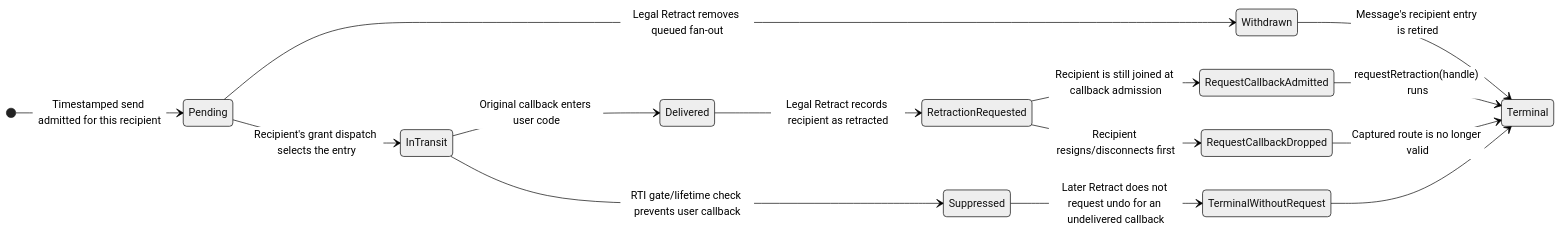
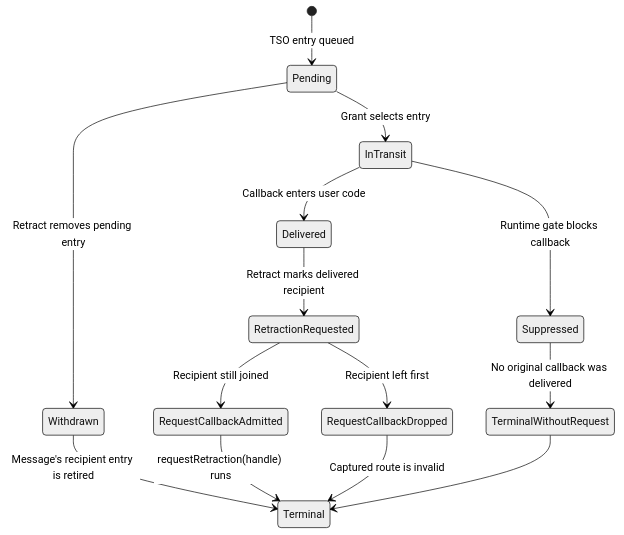
Before and after one commit to sheepfling/umbra: the first of 4 diagrams in docs/design/HLA-2025-TSO-RETRACTION-FLOW-GUIDE.md, drawn with Mermaid (neutral theme). The commit also changed other lines of this file and 72 other files, not shown here.

````diff
--- a/docs/design/HLA-2025-TSO-RETRACTION-FLOW-GUIDE.md
+++ b/docs/design/HLA-2025-TSO-RETRACTION-FLOW-GUIDE.md
@@ -32,17 +32,17 @@
 ```mermaid
 stateDiagram-v2
-  direction LR
-  [*] --> Pending: Timestamped send admitted for this recipient
-  Pending --> InTransit: Recipient's grant dispatch selects the entry
-  InTransit --> Delivered: Original callback enters user code
-  InTransit --> Suppressed: RTI gate/lifetime check prevents user callback
-  Pending --> Withdrawn: Legal Retract removes queued fan-out
-  Delivered --> RetractionRequested: Legal Retract records recipient as retracted
-  RetractionRequested --> RequestCallbackAdmitted: Recipient is still joined at callback admission
-  RetractionRequested --> RequestCallbackDropped: Recipient resigns/disconnects first
-  Suppressed --> TerminalWithoutRequest: Later Retract does not request undo for an undelivered callback
+  direction TB
+  [*] --> Pending: TSO entry queued
+  Pending --> InTransit: Grant selects entry
+  InTransit --> Delivered: Callback enters user code
+  InTransit --> Suppressed: Runtime gate blocks callback
+  Pending --> Withdrawn: Retract removes pending entry
+  Delivered --> RetractionRequested: Retract marks delivered recipient
+  RetractionRequested --> RequestCallbackAdmitted: Recipient still joined
+  RetractionRequested --> RequestCallbackDropped: Recipient left first
+  Suppressed --> TerminalWithoutRequest: No original callback was delivered
   Withdrawn --> Terminal: Message's recipient entry is retired
   RequestCallbackAdmitted --> Terminal: requestRetraction(handle) runs
-  RequestCallbackDropped --> Terminal: Captured route is no longer valid
+  RequestCallbackDropped --> Terminal: Captured route is invalid
   TerminalWithoutRequest --> Terminal
 ```
````
